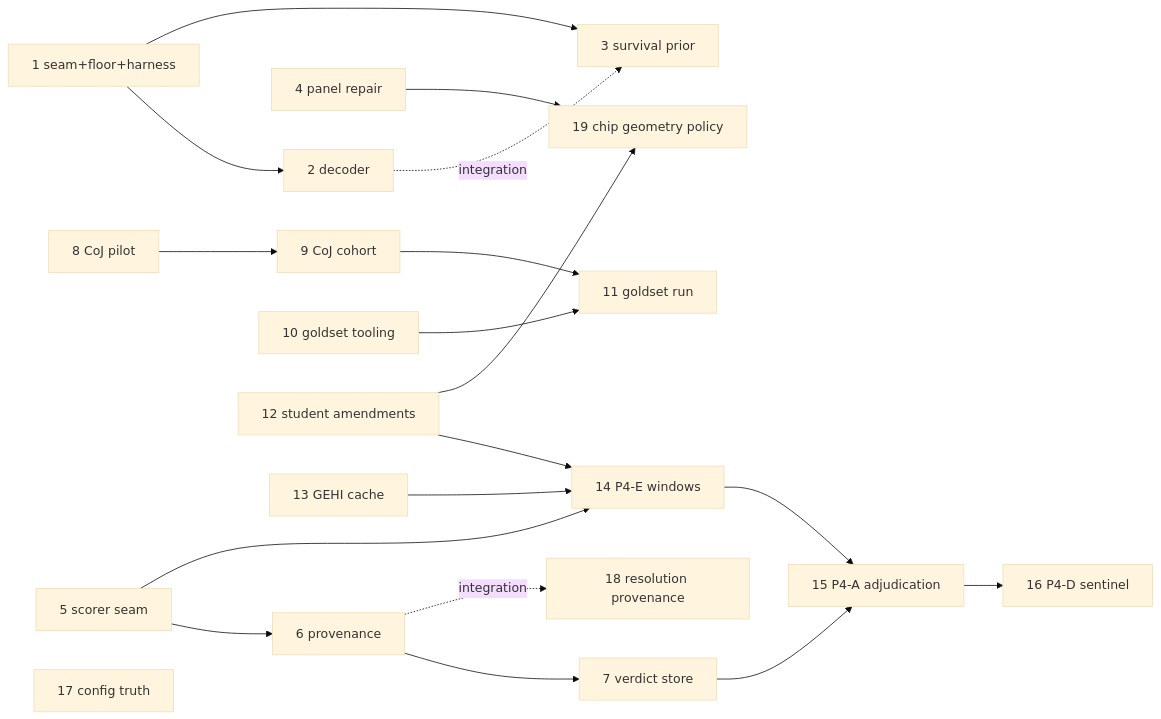
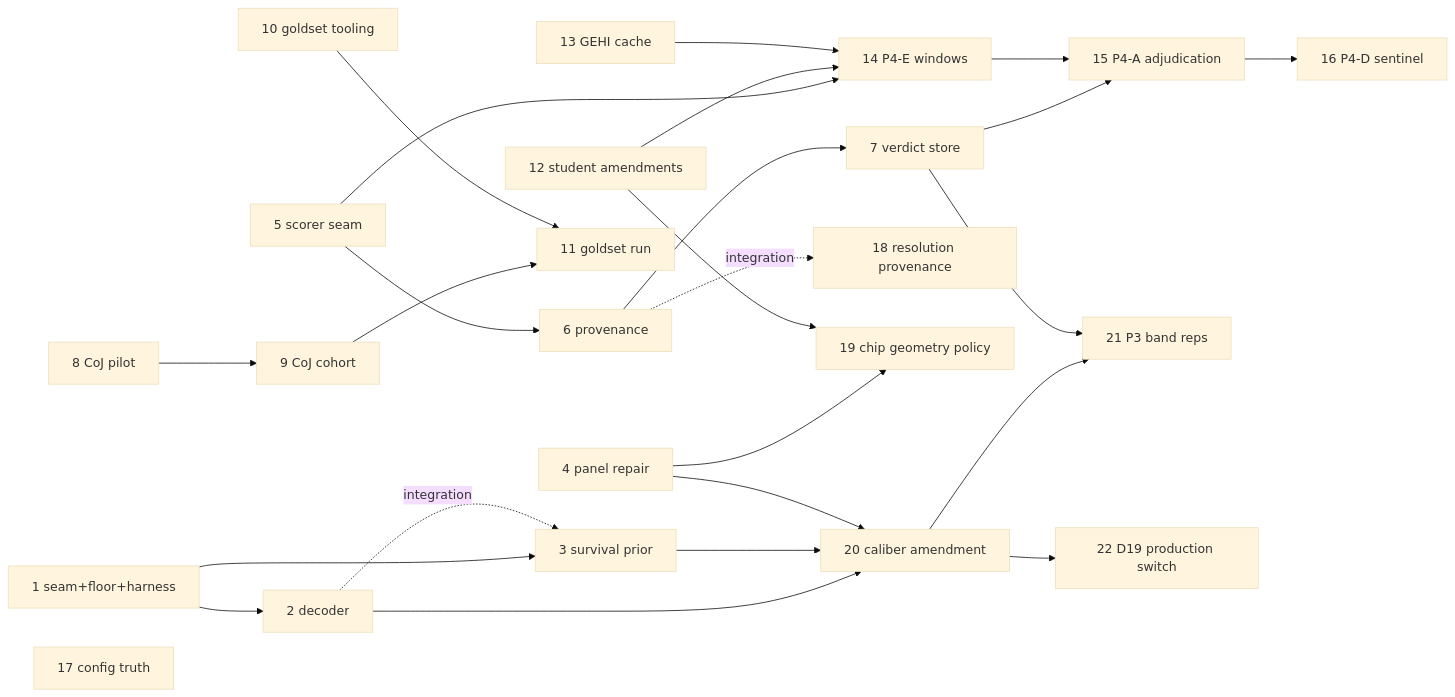
Before and after one commit to Robertgao0818/solar_backdating: the diagram in docs/replan_v2/TRACKER.md, drawn with Mermaid (base theme). The commit also changed other lines of this file and 23 other files, not shown here.

First line of the commit message:
feat(estimator): adopt decoder+EB prior as production default — D19 narrow-caliber switch (replan_v2 ISSUE-20/21/22)

````diff
--- a/docs/replan_v2/TRACKER.md
+++ b/docs/replan_v2/TRACKER.md
@@ -70,38 +109,47 @@
 ```mermaid
 graph LR
     I1[1 seam+floor+harness]
     I2[2 decoder]
     I3[3 survival prior]
     I4[4 panel repair]
     I5[5 scorer seam]
     I6[6 provenance]
     I7[7 verdict store]
     I8[8 CoJ pilot]
     I9[9 CoJ cohort]
     I10[10 goldset tooling]
     I11[11 goldset run]
     I12[12 student amendments]
     I13[13 GEHI cache]
     I14[14 P4-E windows]
     I15[15 P4-A adjudication]
     I16[16 P4-D sentinel]
     I17[17 config truth]
     I18[18 resolution provenance]
     I19[19 chip geometry policy]
+    I20[20 caliber amendment]
+    I21[21 P3 band reps]
+    I22[22 D19 production switch]
 
     I1 --> I2
     I1 --> I3
     I2 -.integration.-> I3
     I5 --> I6 --> I7
     I8 --> I9
     I9 --> I11
     I10 --> I11
     I5 --> I14
     I12 --> I14
     I13 --> I14
     I7 --> I15
     I14 --> I15 --> I16
     I6 -.integration.-> I18
     I4 --> I19
     I12 --> I19
+    I2 --> I20
+    I3 --> I20
+    I4 --> I20
+    I20 --> I21
+    I7 --> I21
+    I20 --> I22
 ```
````
